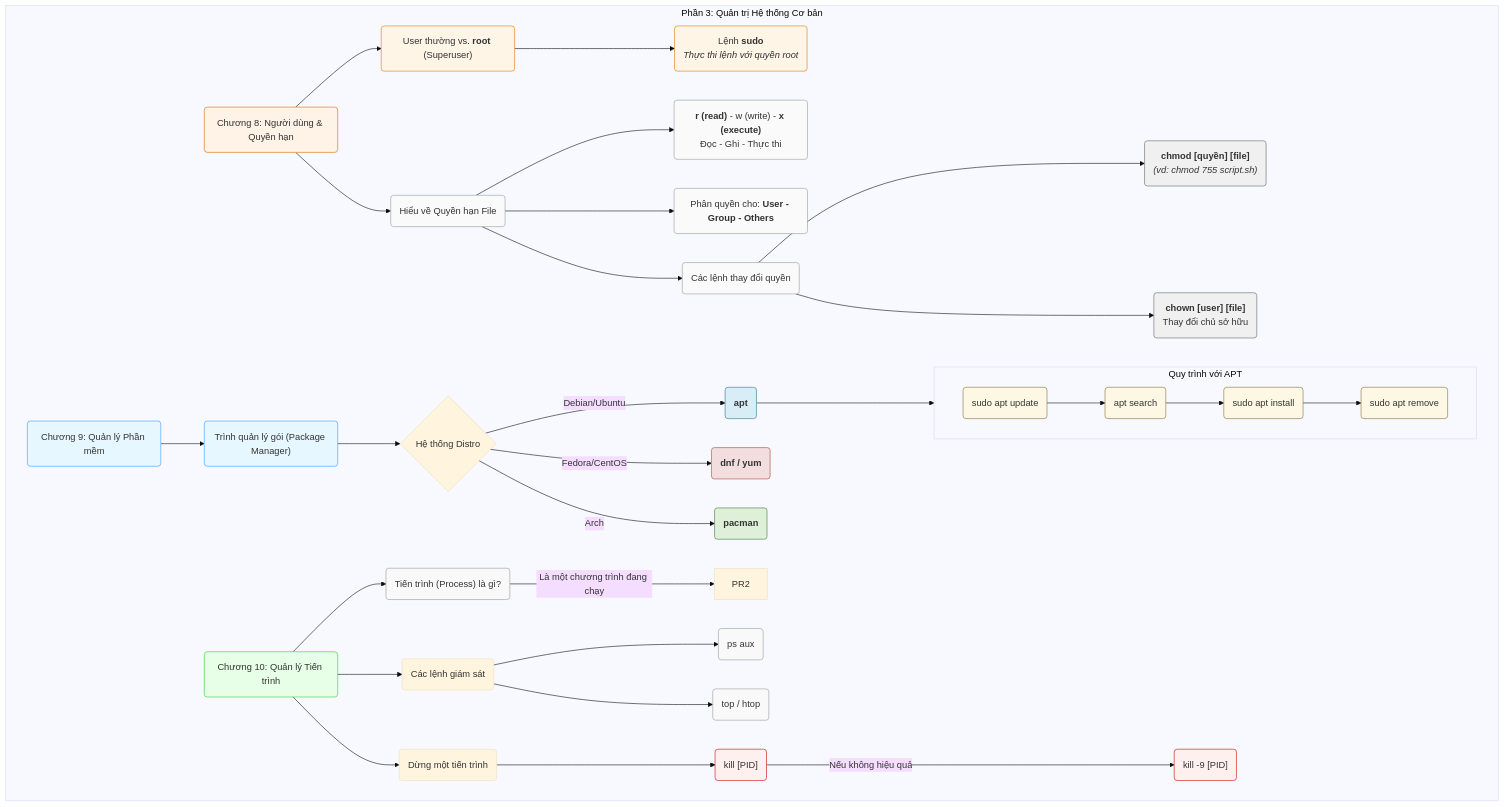
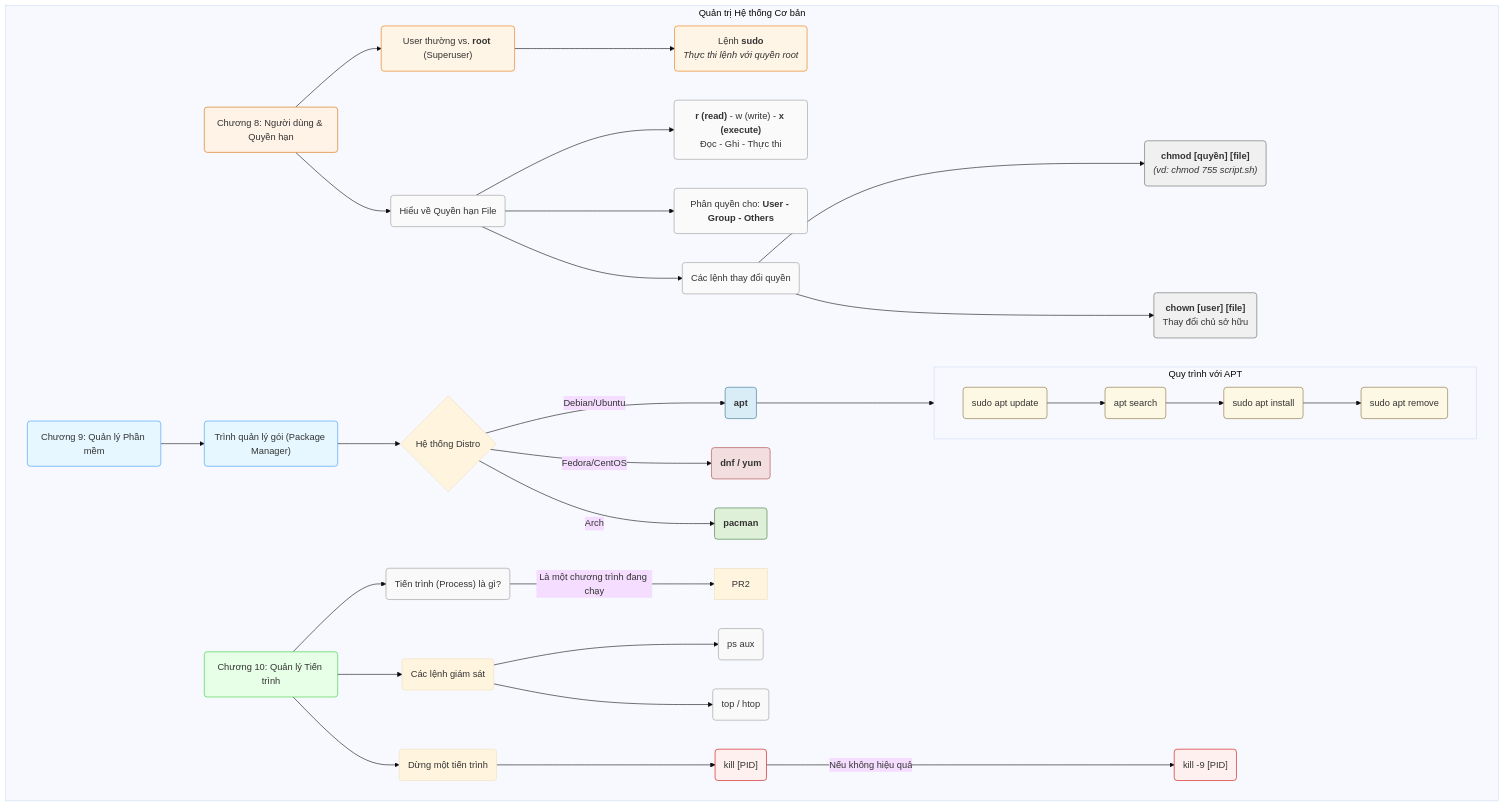
Before and after one commit to ngockhanhvd2812/DBA: the fourth of 8 diagrams in linux.md, drawn with Mermaid (base theme). The commit also changed other lines of this file, not shown here.

````diff
--- a/linux.md
+++ b/linux.md
@@ -199,71 +199,71 @@
 ```mermaid
 flowchart TD
-    subgraph "Phần 3: Quản trị Hệ thống Cơ bản"
+    subgraph "Quản trị Hệ thống Cơ bản"
         %% Chapters
         C8("Chương 8: Người dùng & Quyền hạn")
         C9("Chương 9: Quản lý Phần mềm")
         C10("Chương 10: Quản lý Tiến trình")
 
         %% Chapter 8 Details
         C8 --> U1("User thường vs. <b>root</b> (Superuser)")
         U1 --> U2("Lệnh <b>sudo</b><br/><i>Thực thi lệnh với quyền root</i>")
         C8 --> P1("Hiểu về Quyền hạn File")
         P1 --> P2("<b>r (read)</b> - w (write) - <b>x (execute)</b><br/>Đọc - Ghi - Thực thi")
         P1 --> P3("Phân quyền cho: <b>User - Group - Others</b>")
         P1 --> P4("Các lệnh thay đổi quyền")
             P4 --> P4a("<b>chmod [quyền] [file]</b><br/><i>(vd: chmod 755 script.sh)</i>")
             P4 --> P4b("<b>chown [user] [file]</b><br/>Thay đổi chủ sở hữu")
 
         %% Chapter 9 Details
         C9 --> PM1("Trình quản lý gói (Package Manager)")
         PM1 --> PM2{Hệ thống Distro}
             PM2 -- Debian/Ubuntu --> APT("<b>apt</b>")
             PM2 -- Fedora/CentOS --> DNF("<b>dnf / yum</b>")
             PM2 -- Arch --> PACMAN("<b>pacman</b>")
 
         APT --> APT_Flow
         subgraph APT_Flow [Quy trình với APT]
             direction LR
             A1("sudo apt update") --> A2("apt search")
             A2 --> A3("sudo apt install")
             A3 --> A4("sudo apt remove")
         end
 
         %% Chapter 10 Details
         C10 --> PR1("Tiến trình (Process) là gì?")
         PR1 -- "Là một chương trình đang chạy" --> PR2
         C10 --> PR3("Các lệnh giám sát")
             PR3 --> PR3a("ps aux")
             PR3 --> PR3b("top / htop")
         C10 --> PR4("Dừng một tiến trình")
             PR4 --> PR4a("kill [PID]")
             PR4a -- "Nếu không hiệu quả" --> PR4b("kill -9 [PID]")
     end
 
     %% Styles
     style C8 fill:#fff2e6,stroke:#d46b00
     style C9 fill:#e6f7ff,stroke:#3399ff
     style C10 fill:#e6ffe6,stroke:#33cc33
     style U1 fill:#fff5e6,stroke:#e67300
     style U2 fill:#fff5e6,stroke:#e67300
     style P1 fill:#fafafa,stroke:#999
     style P2 fill:#fafafa,stroke:#999
     style P3 fill:#fafafa,stroke:#999
     style P4 fill:#fafafa,stroke:#999
     style P4a fill:#f0f0f0,stroke:#666
     style P4b fill:#f0f0f0,stroke:#666
     style PM1 fill:#e6f7ff,stroke:#3399ff
     style APT fill:#d9edf7,stroke:#31708f
     style DNF fill:#f2dede,stroke:#a94442
     style PACMAN fill:#dff0d8,stroke:#3c763d
     style A1 fill:#fcf8e3,stroke:#8a6d3b
     style A2 fill:#fcf8e3,stroke:#8a6d3b
     style A3 fill:#fcf8e3,stroke:#8a6d3b
     style A4 fill:#fcf8e3,stroke:#8a6d3b
     style PR1 fill:#f9f9f9,stroke:#999
     style PR3a fill:#f9f9f9,stroke:#999
     style PR3b fill:#f9f9f9,stroke:#999
     style PR4a fill:#fff0f0,stroke:#c00
     style PR4b fill:#fff0f0,stroke:#c00
 
 ``` 
````
